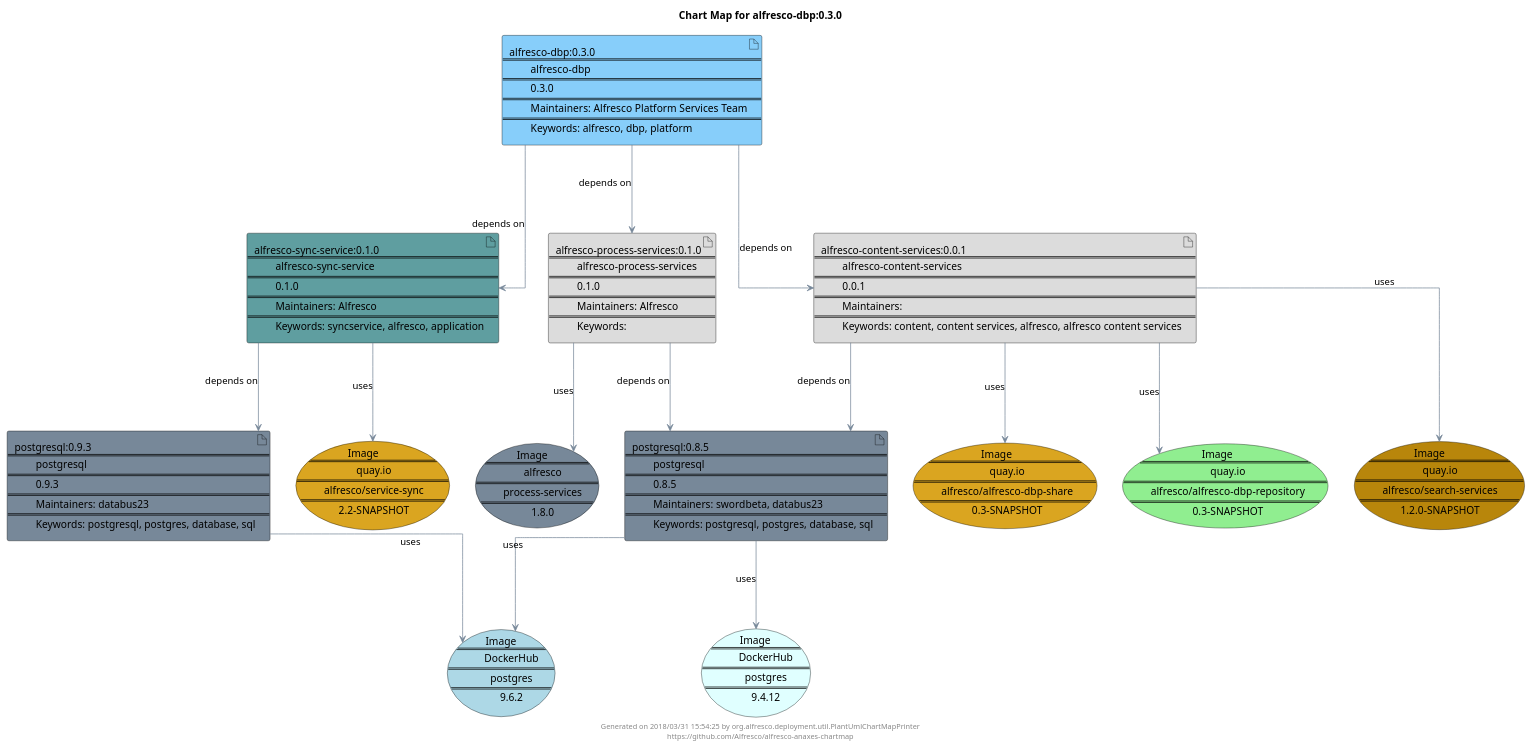
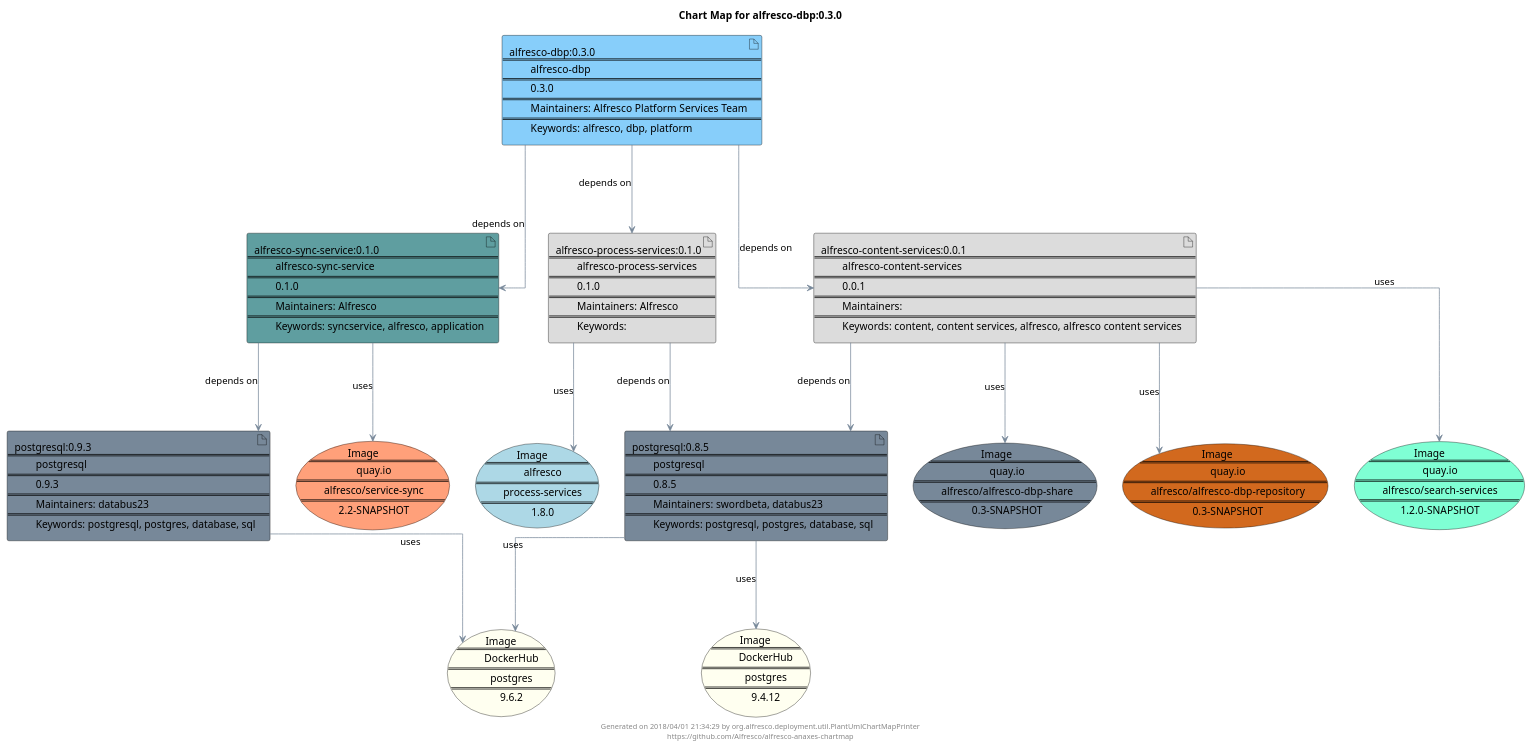
One commit to AlfrescoLabs/alfresco-anaxes-chartmap changed the diagram in resource/example/example-chartmap.puml. Above: the diagram before and after it, drawn with PlantUML. The commit also changed 2 other files, not shown here.

```diff
--- a/resource/example/example-chartmap.puml
+++ b/resource/example/example-chartmap.puml
@@ -1,39 +1,39 @@
 @startuml
 skinparam linetype ortho
 skinparam backgroundColor white
 skinparam usecaseBorderColor black
 skinparam usecaseArrowColor LightSlateGray
 skinparam artifactBorderColor black
 skinparam artifactArrowColor LightSlateGray
 title Chart Map for alfresco-dbp:0.3.0
 'There are 6 referenced Helm Charts
 artifact "alfresco-process-services:0.1.0\n====\n\talfresco-process-services\n====\n\t0.1.0\n====\n\tMaintainers: Alfresco\n====\n\tKeywords: " as alfresco_process_services_0_1_0 #Gainsboro
 artifact "postgresql:0.9.3\n====\n\tpostgresql\n====\n\t0.9.3\n====\n\tMaintainers: databus23\n====\n\tKeywords: postgresql, postgres, database, sql" as postgresql_0_9_3 #LightSlateGray
 artifact "alfresco-dbp:0.3.0\n====\n\talfresco-dbp\n====\n\t0.3.0\n====\n\tMaintainers: Alfresco Platform Services Team\n====\n\tKeywords: alfresco, dbp, platform" as alfresco_dbp_0_3_0 #LightSkyBlue
 artifact "alfresco-sync-service:0.1.0\n====\n\talfresco-sync-service\n====\n\t0.1.0\n====\n\tMaintainers: Alfresco\n====\n\tKeywords: syncservice, alfresco, application" as alfresco_sync_service_0_1_0 #CadetBlue
 artifact "alfresco-content-services:0.0.1\n====\n\talfresco-content-services\n====\n\t0.0.1\n====\n\tMaintainers: \n====\n\tKeywords: content, content services, alfresco, alfresco content services" as alfresco_content_services_0_0_1 #Gainsboro
 artifact "postgresql:0.8.5\n====\n\tpostgresql\n====\n\t0.8.5\n====\n\tMaintainers: swordbeta, databus23\n====\n\tKeywords: postgresql, postgres, database, sql" as postgresql_0_8_5 #LightSlateGray
 'There are 7 referenced Images
-usecase "Image\n====\n\tDockerHub\n====\n\tpostgres\n====\n\t9.4.12" as postgres_9_4_12 #LightCyan
-usecase "Image\n====\n\tquay.io\n====\n\talfresco/alfresco-dbp-share\n====\n\t0.3-SNAPSHOT" as quay_io_alfresco_alfresco_dbp_share_0_3_SNAPSHOT #GoldenRod
-usecase "Image\n====\n\tDockerHub\n====\n\tpostgres\n====\n\t9.6.2" as postgres_9_6_2 #LightBlue
-usecase "Image\n====\n\tquay.io\n====\n\talfresco/alfresco-dbp-repository\n====\n\t0.3-SNAPSHOT" as quay_io_alfresco_alfresco_dbp_repository_0_3_SNAPSHOT #LightGreen
-usecase "Image\n====\n\tquay.io\n====\n\talfresco/search-services\n====\n\t1.2.0-SNAPSHOT" as quay_io_alfresco_search_services_1_2_0_SNAPSHOT #DarkGoldenRod
-usecase "Image\n====\n\talfresco\n====\n\tprocess-services\n====\n\t1.8.0" as alfresco_process_services_1_8_0 #LightSlateGrey
-usecase "Image\n====\n\tquay.io\n====\n\talfresco/service-sync\n====\n\t2.2-SNAPSHOT" as quay_io_alfresco_service_sync_2_2_SNAPSHOT #GoldenRod
+usecase "Image\n====\n\tDockerHub\n====\n\tpostgres\n====\n\t9.4.12" as postgres_9_4_12 #Ivory
+usecase "Image\n====\n\tquay.io\n====\n\talfresco/alfresco-dbp-share\n====\n\t0.3-SNAPSHOT" as quay_io_alfresco_alfresco_dbp_share_0_3_SNAPSHOT #LightSlateGray
+usecase "Image\n====\n\tDockerHub\n====\n\tpostgres\n====\n\t9.6.2" as postgres_9_6_2 #Ivory
+usecase "Image\n====\n\tquay.io\n====\n\talfresco/alfresco-dbp-repository\n====\n\t0.3-SNAPSHOT" as quay_io_alfresco_alfresco_dbp_repository_0_3_SNAPSHOT #Chocolate
+usecase "Image\n====\n\tquay.io\n====\n\talfresco/search-services\n====\n\t1.2.0-SNAPSHOT" as quay_io_alfresco_search_services_1_2_0_SNAPSHOT #Aquamarine
+usecase "Image\n====\n\talfresco\n====\n\tprocess-services\n====\n\t1.8.0" as alfresco_process_services_1_8_0 #LightBlue
+usecase "Image\n====\n\tquay.io\n====\n\talfresco/service-sync\n====\n\t2.2-SNAPSHOT" as quay_io_alfresco_service_sync_2_2_SNAPSHOT #LightSalmon
 alfresco_dbp_0_3_0--->alfresco_content_services_0_0_1:depends on
 alfresco_content_services_0_0_1--->postgresql_0_8_5:depends on
 alfresco_dbp_0_3_0--->alfresco_process_services_0_1_0:depends on
 alfresco_process_services_0_1_0--->postgresql_0_8_5:depends on
 alfresco_dbp_0_3_0--->alfresco_sync_service_0_1_0:depends on
 alfresco_sync_service_0_1_0--->postgresql_0_9_3:depends on
 alfresco_process_services_0_1_0--->alfresco_process_services_1_8_0:uses
 postgresql_0_9_3--->postgres_9_6_2:uses
 alfresco_sync_service_0_1_0--->quay_io_alfresco_service_sync_2_2_SNAPSHOT:uses
 alfresco_content_services_0_0_1--->quay_io_alfresco_alfresco_dbp_repository_0_3_SNAPSHOT:uses
 alfresco_content_services_0_0_1--->quay_io_alfresco_alfresco_dbp_share_0_3_SNAPSHOT:uses
 alfresco_content_services_0_0_1--->quay_io_alfresco_search_services_1_2_0_SNAPSHOT:uses
 postgresql_0_8_5--->postgres_9_4_12:uses
 postgresql_0_8_5--->postgres_9_6_2:uses
-center footer Generated on 2018/03/31 15:54:25 by org.alfresco.deployment.util.PlantUmlChartMapPrinter\nhttps://github.com/Alfresco/alfresco-anaxes-chartmap
+center footer Generated on 2018/04/01 21:34:29 by org.alfresco.deployment.util.PlantUmlChartMapPrinter\nhttps://github.com/Alfresco/alfresco-anaxes-chartmap
 @enduml
```
